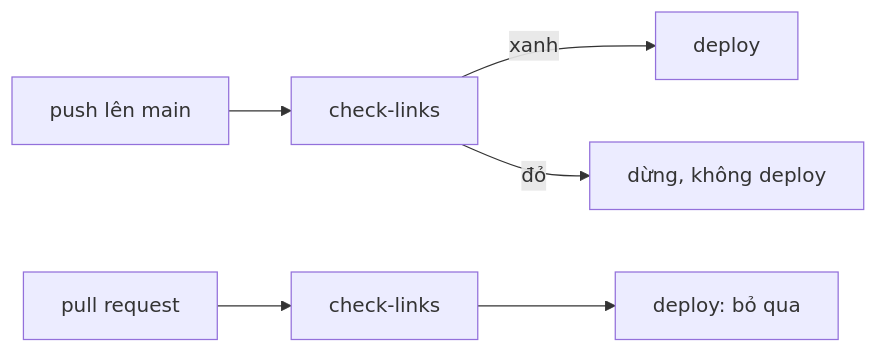
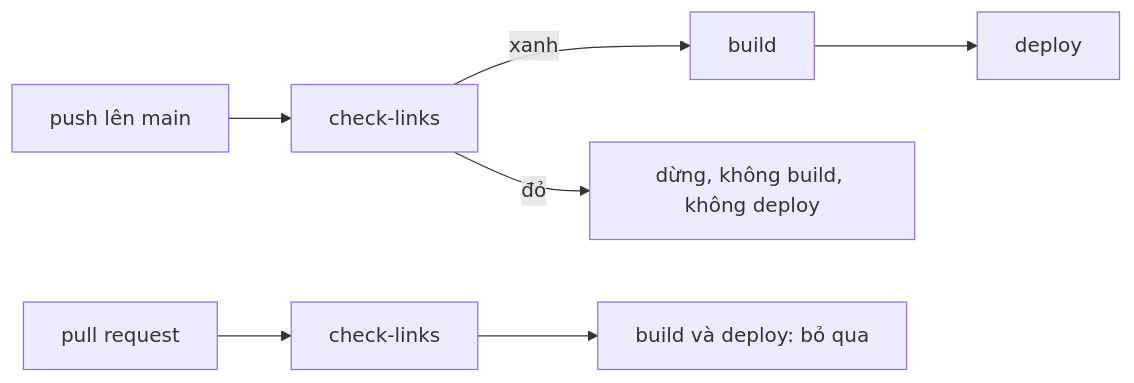
One commit to hcmute-dsc/learning-hub-track-actions-docker changed the diagram in tracks/actions-docker/modules/02-deploy-pages/lessons/02-link-check.md. Above: the diagram before and after it, drawn with Mermaid. The commit also changed other lines of this file and 7 other files, not shown here.

First line of the commit message:
actions-docker: tách workflow Pages thành build và deploy (#7)

````diff
--- a/tracks/actions-docker/modules/02-deploy-pages/lessons/02-link-check.md
+++ b/tracks/actions-docker/modules/02-deploy-pages/lessons/02-link-check.md
@@ -90,8 +93,9 @@
 ```mermaid
 flowchart LR
   P["push lên main"] --> C["check-links"]
-  C -- xanh --> D["deploy"]
-  C -- đỏ --> X["dừng, không deploy"]
+  C -- xanh --> B["build"]
+  B --> D["deploy"]
+  C -- đỏ --> X["dừng, không build, không deploy"]
   PR["pull request"] --> C2["check-links"]
-  C2 --> S["deploy: bỏ qua"]
+  C2 --> S["build và deploy: bỏ qua"]
 ```
````
